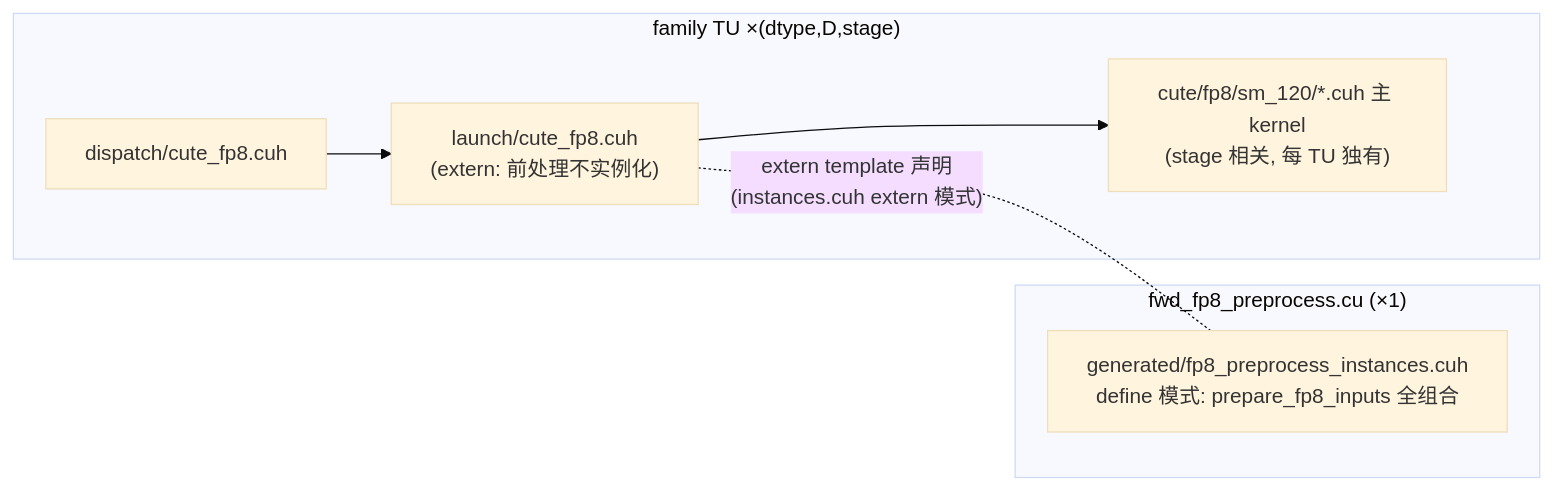
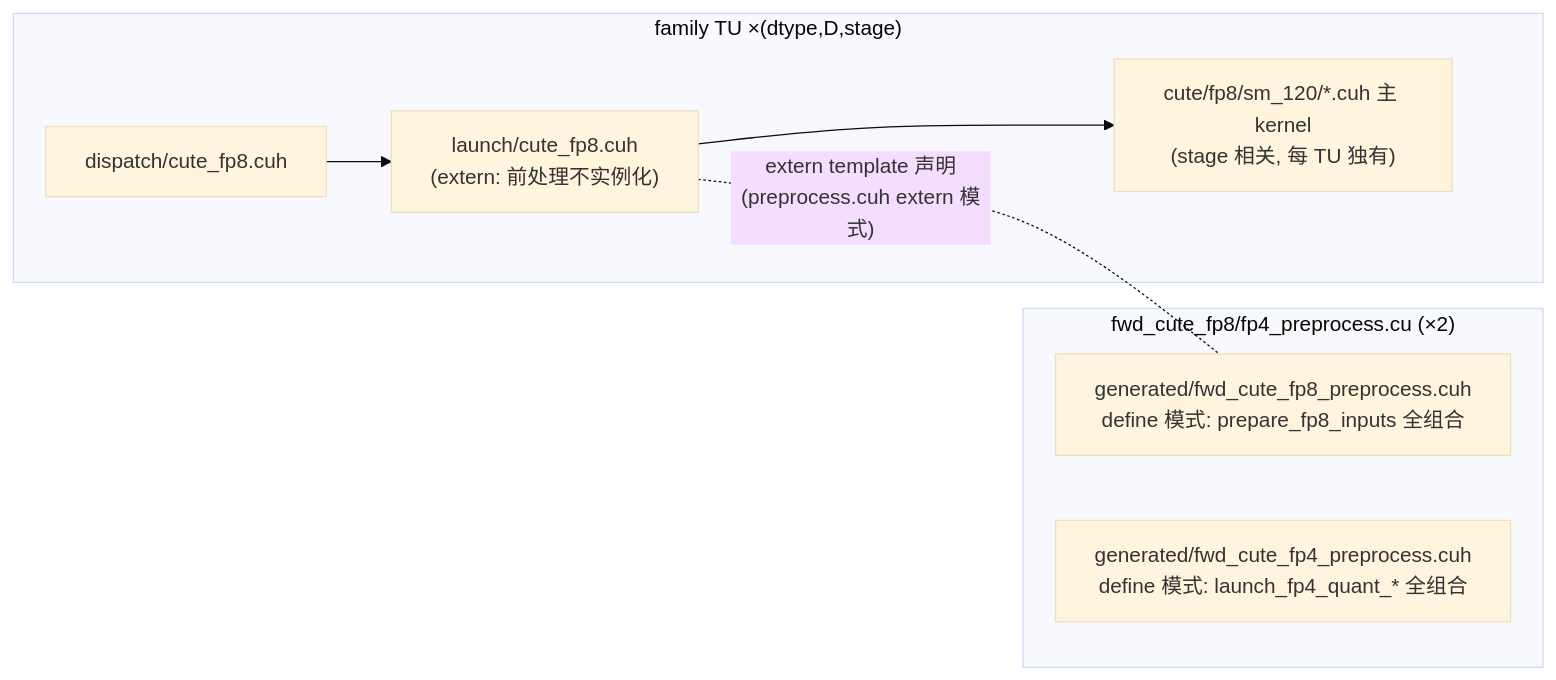
Before and after one commit to xlite-dev/ffpa-attn: the third of 3 diagrams in .github/skills/ffpa-cuda-understand/SKILL.md, drawn with Mermaid (base theme). The commit also changed other lines of this file and 4 other files, not shown here.

````diff
--- a/.github/skills/ffpa-cuda-understand/SKILL.md
+++ b/.github/skills/ffpa-cuda-understand/SKILL.md
@@ -129,11 +129,12 @@
 ```mermaid
 flowchart LR
     subgraph FamilyTU["family TU ×(dtype,D,stage)"]
         A["dispatch/cute_fp8.cuh"] --> B["launch/cute_fp8.cuh<br/>(extern: 前处理不实例化)"]
         B --> C["cute/fp8/sm_120/*.cuh 主 kernel<br/>(stage 相关, 每 TU 独有)"]
     end
-    subgraph SharedTU["fwd_fp8_preprocess.cu (×1)"]
-        D["generated/fp8_preprocess_instances.cuh<br/>define 模式: prepare_fp8_inputs 全组合"]
+    subgraph SharedTU["fwd_cute_fp8/fp4_preprocess.cu (×2)"]
+        D["generated/fwd_cute_fp8_preprocess.cuh<br/>define 模式: prepare_fp8_inputs 全组合"]
+        E["generated/fwd_cute_fp4_preprocess.cuh<br/>define 模式: launch_fp4_quant_* 全组合"]
     end
-    B -. "extern template 声明<br/>(instances.cuh extern 模式)" .- D
+    B -. "extern template 声明<br/>(preprocess.cuh extern 模式)" .- D
 ```
````
